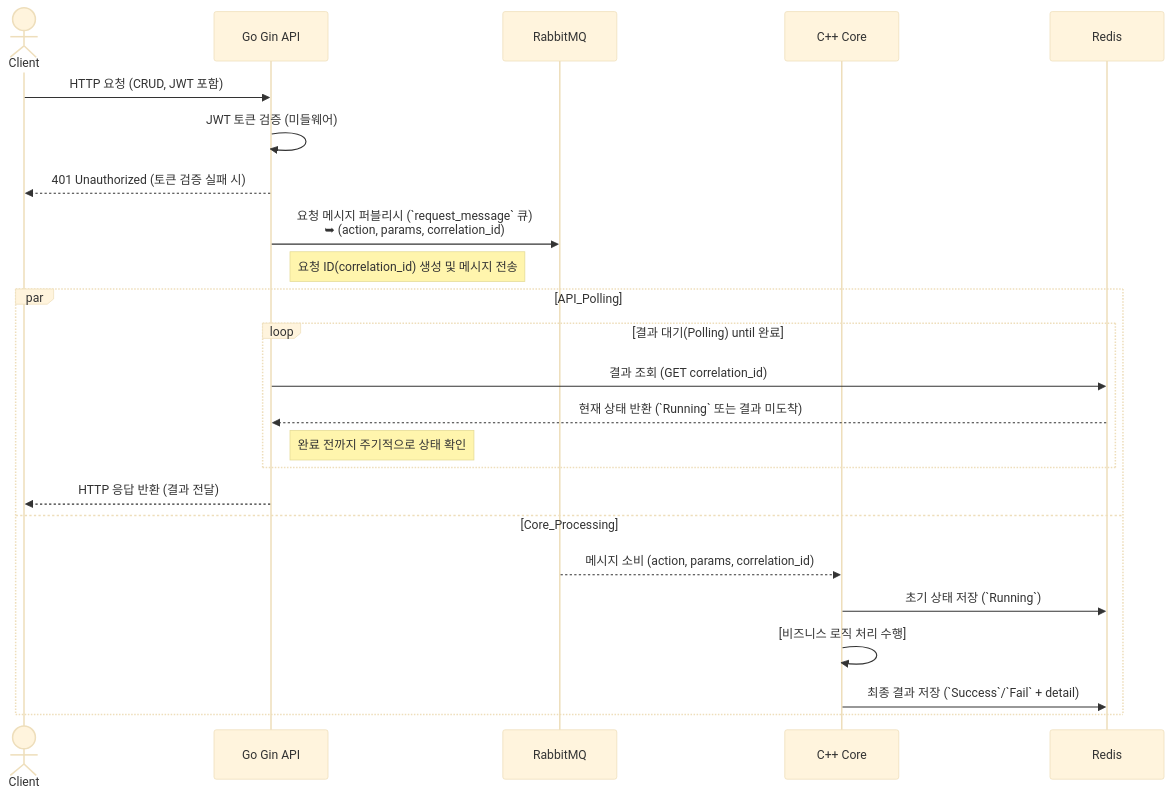
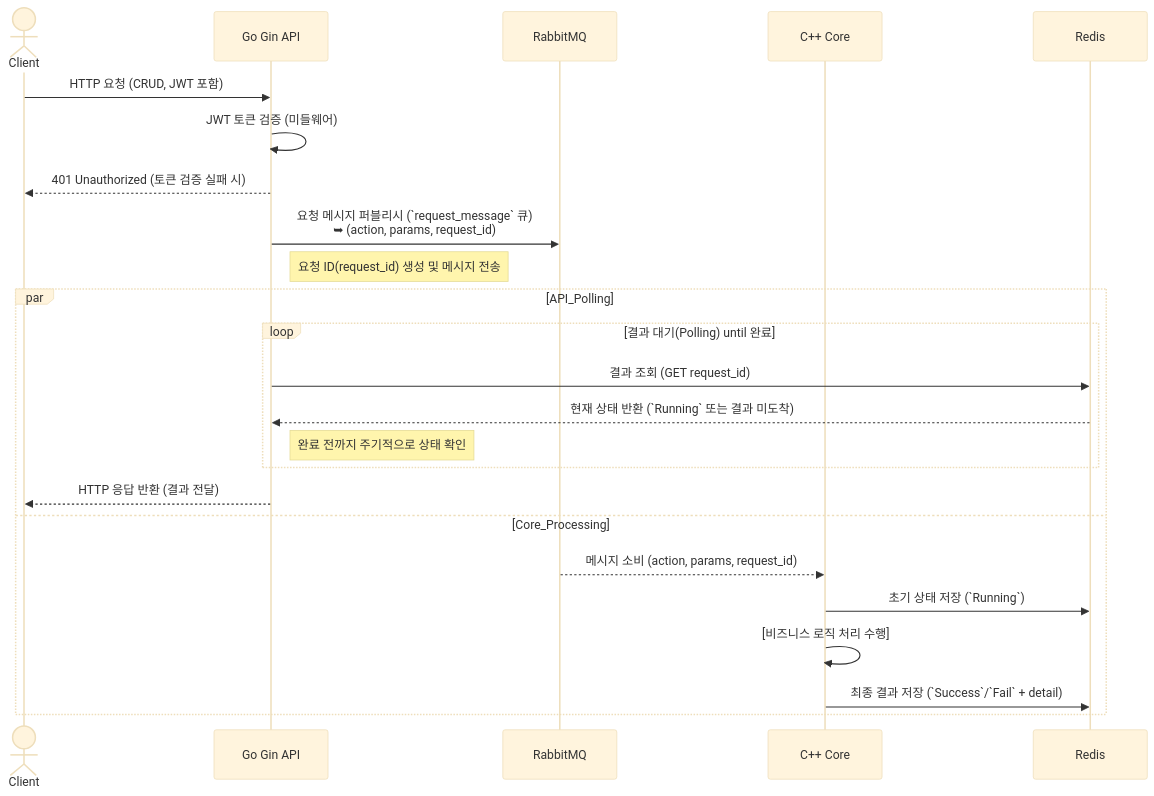
Before and after one commit to ngee044/Simple-Storage-Service: the diagram in S3RestAPI/README.md, drawn with Mermaid (base theme). The commit also changed other lines of this file, not shown here.

````diff
--- a/S3RestAPI/README.md
+++ b/S3RestAPI/README.md
@@ -62,28 +62,28 @@
 ```mermaid
 sequenceDiagram
     actor Client
     participant API as Go Gin API
     participant MQ as RabbitMQ
     participant Core as C++ Core
     participant Redis
 
     Client->>API: HTTP 요청 (CRUD, JWT 포함)
     API->>API: JWT 토큰 검증 (미들웨어)
     API-->>Client: 401 Unauthorized (토큰 검증 실패 시)
-    API->>MQ: 요청 메시지 퍼블리시 (`request_message` 큐)<br/>➥ (action, params, correlation_id)
-    Note right of API: 요청 ID(correlation_id) 생성 및 메시지 전송
+    API->>MQ: 요청 메시지 퍼블리시 (`request_message` 큐)<br/>➥ (action, params, request_id)
+    Note right of API: 요청 ID(request_id) 생성 및 메시지 전송
     par API_Polling
         loop 결과 대기(Polling) until 완료
-            API->>Redis: 결과 조회 (GET correlation_id)
+            API->>Redis: 결과 조회 (GET request_id)
             Redis-->>API: 현재 상태 반환 (`Running` 또는 결과 미도착)
             Note right of API: 완료 전까지 주기적으로 상태 확인
         end
         API-->>Client: HTTP 응답 반환 (결과 전달)
     and Core_Processing
-        MQ-->>Core: 메시지 소비 (action, params, correlation_id)
+        MQ-->>Core: 메시지 소비 (action, params, request_id)
         Core->>Redis: 초기 상태 저장 (`Running`)
         Core->>Core: [비즈니스 로직 처리 수행]
         Core->>Redis: 최종 결과 저장 (`Success`/`Fail` + detail)
     end
 
 ```
````
